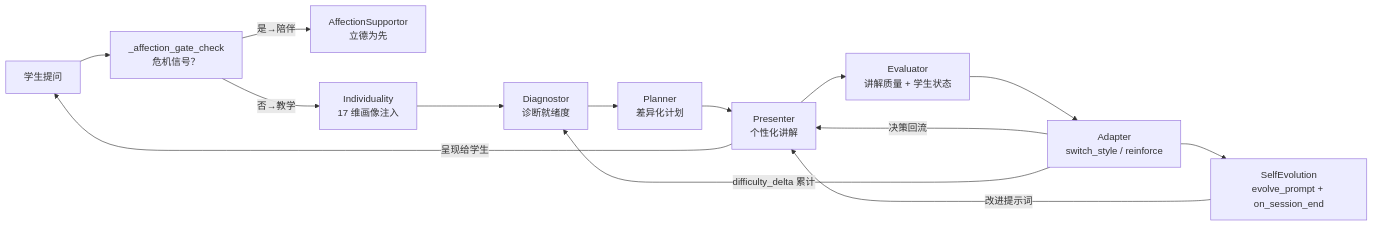
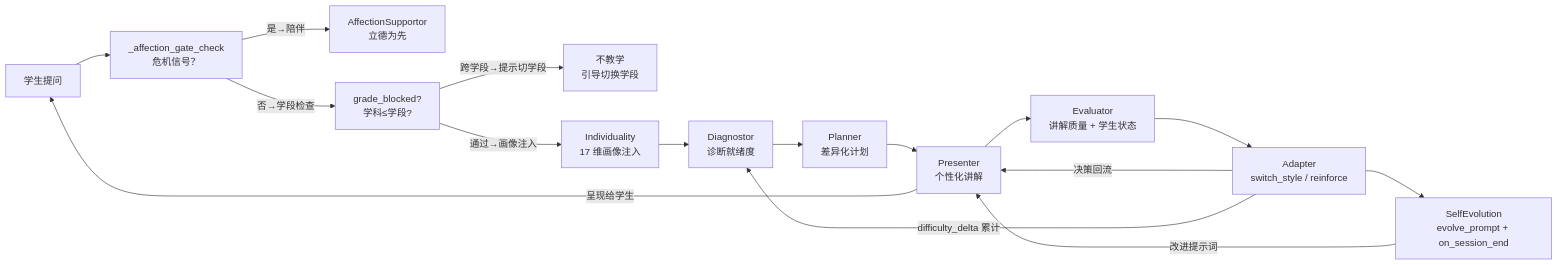
One commit to Golden2002/PAEG changed the fourth of 14 diagrams in PAEG技术全景文档.md. Above: the diagram before and after it, drawn with Mermaid. The commit also changed other lines of this file, not shown here.

````diff
--- a/PAEG技术全景文档.md
+++ b/PAEG技术全景文档.md
@@ -217,16 +217,18 @@
 ```mermaid
 flowchart LR
     S["学生提问"] --> G["_affection_gate_check<br/>危机信号？"]
     G -->|"是→陪伴"| AFF["AffectionSupportor<br/>立德为先"]
-    G -->|"否→教学"| I["Individuality<br/>17 维画像注入"]
+    G -->|"否→学段检查"| GS["grade_blocked?<br/>学科≤学段?"]
+    GS -->|"跨学段→提示切学段"| BLK["不教学<br/>引导切换学段"]
+    GS -->|"通过→画像注入"| I["Individuality<br/>17 维画像注入"]
     I --> D["Diagnostor<br/>诊断就绪度"]
     D --> P["Planner<br/>差异化计划"]
     P --> PR["Presenter<br/>个性化讲解"]
     PR --> E["Evaluator<br/>讲解质量 + 学生状态"]
     E --> A["Adapter<br/>switch_style / reinforce"]
     A -->|"决策回流"| PR
     A -->|"difficulty_delta 累计"| D
     PR -->|"呈现给学生"| S
     A --> EVA2["SelfEvolution<br/>evolve_prompt + on_session_end"]
     EVA2 -->|"改进提示词"| PR
 ```
````
